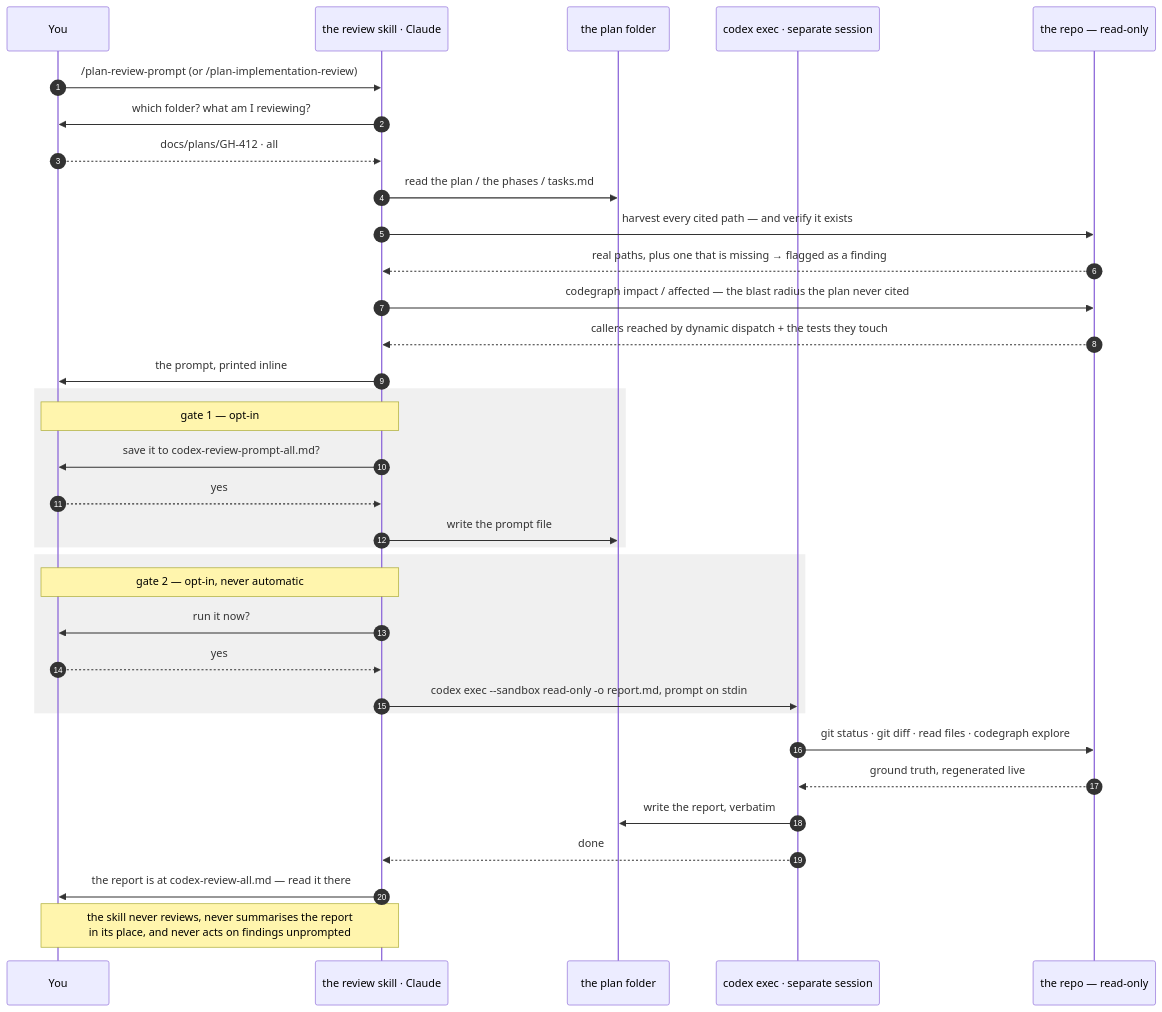
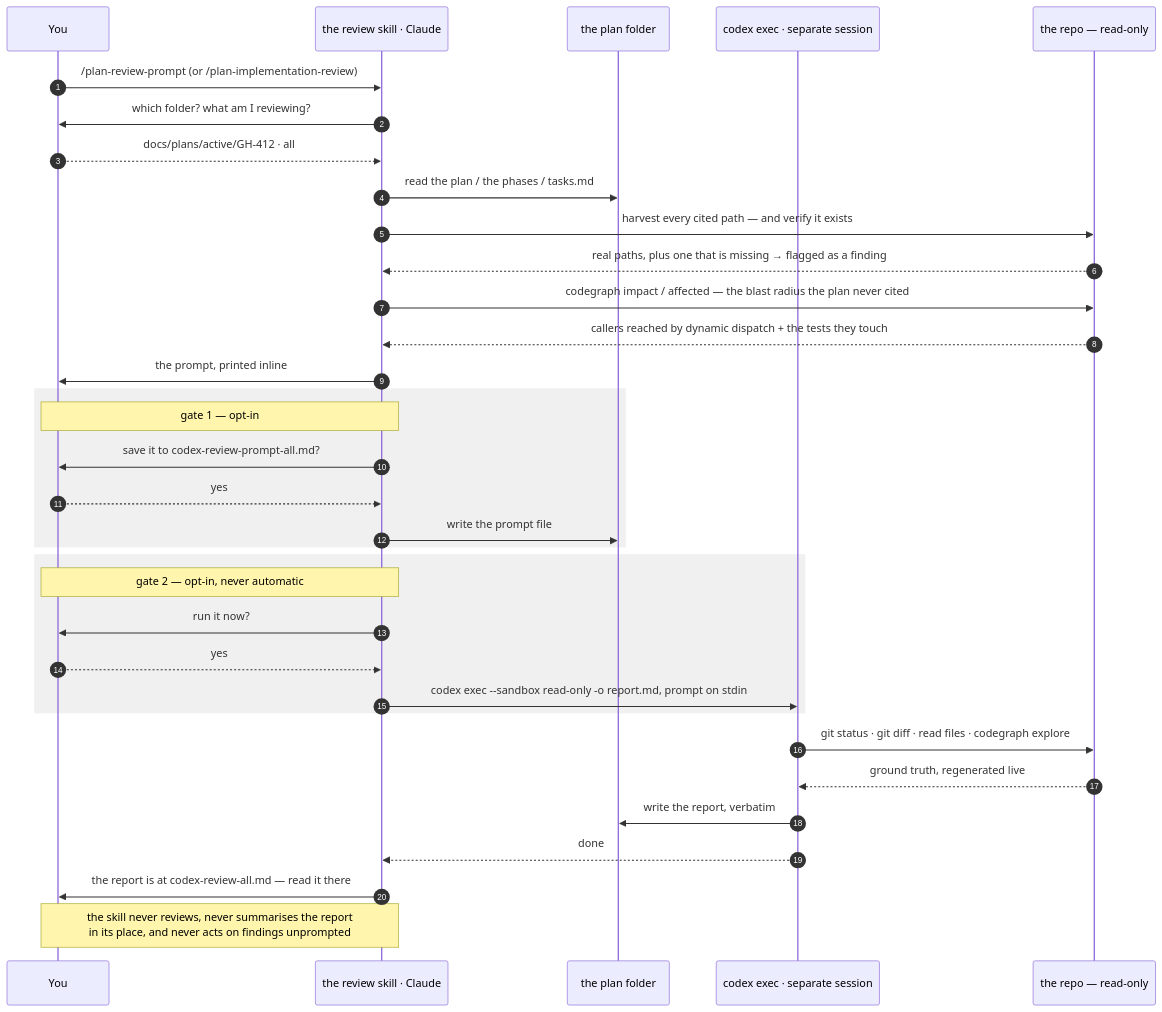
One commit to necofx/necofx-claude-marketplace changed the sixth of 13 diagrams in docs/master-plan-pack/TUTORIAL.md. Above: the diagram before and after it, drawn with Mermaid. The commit also changed other lines of this file, not shown here.

Commit message:
TUTORIAL: Part 6 close-out, active/ layout, four plugins

````diff
--- a/docs/master-plan-pack/TUTORIAL.md
+++ b/docs/master-plan-pack/TUTORIAL.md
@@ -602,41 +603,41 @@
 ```mermaid
 sequenceDiagram
     autonumber
     participant U as You
     participant S as the review skill · Claude
     participant F as the plan folder
     participant X as codex exec · separate session
     participant R as the repo — read-only
 
     U->>S: /plan-review-prompt  (or /plan-implementation-review)
     S->>U: which folder? what am I reviewing?
-    U-->>S: docs/plans/GH-412 · all
+    U-->>S: docs/plans/active/GH-412 · all
     S->>F: read the plan / the phases / tasks.md
     S->>R: harvest every cited path — and verify it exists
     R-->>S: real paths, plus one that is missing → flagged as a finding
     S->>R: codegraph impact / affected — the blast radius the plan never cited
     R-->>S: callers reached by dynamic dispatch + the tests they touch
     S->>U: the prompt, printed inline
 
     rect rgb(240, 240, 240)
         Note over S,U: gate 1 — opt-in
         S->>U: save it to codex-review-prompt-all.md?
         U-->>S: yes
         S->>F: write the prompt file
     end
 
     rect rgb(240, 240, 240)
         Note over S,U: gate 2 — opt-in, never automatic
         S->>U: run it now?
         U-->>S: yes
         S->>X: codex exec --sandbox read-only -o report.md, prompt on stdin
     end
 
     X->>R: git status · git diff · read files · codegraph explore
     R-->>X: ground truth, regenerated live
     X->>F: write the report, verbatim
     X-->>S: done
     S->>U: the report is at codex-review-all.md — read it there
 
     Note over S,U: the skill never reviews, never summarises the report<br/>in its place, and never acts on findings unprompted
 ```
````
